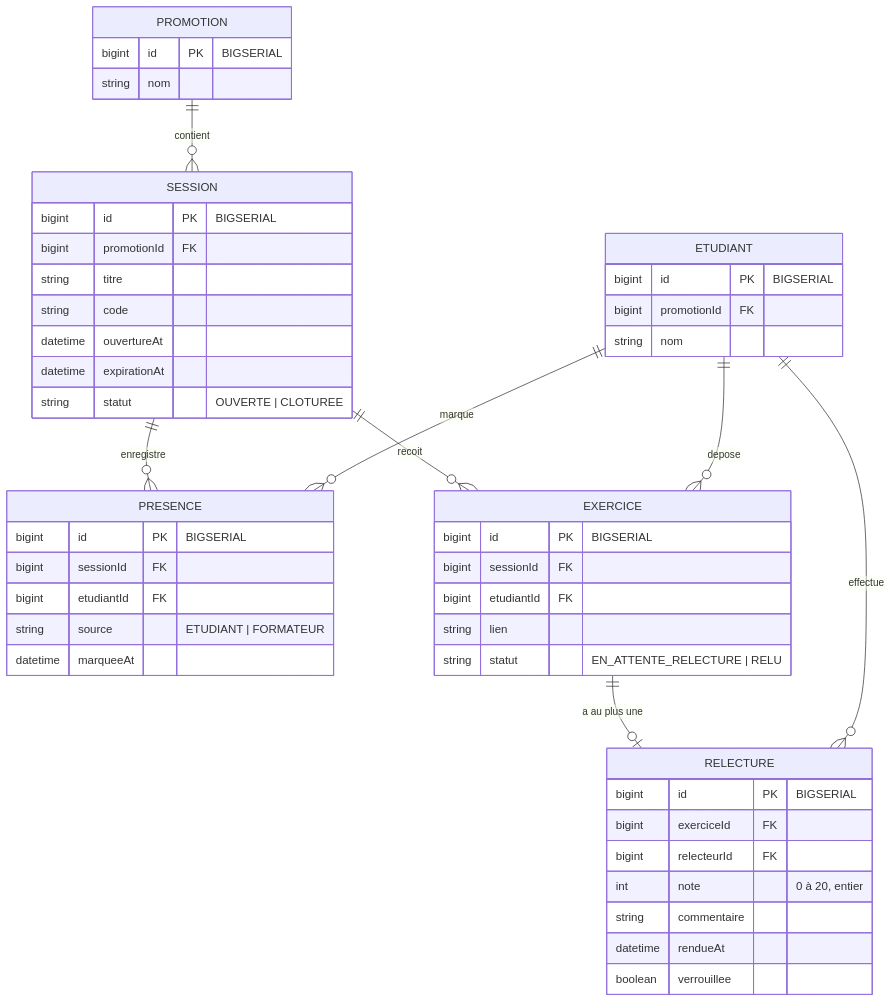
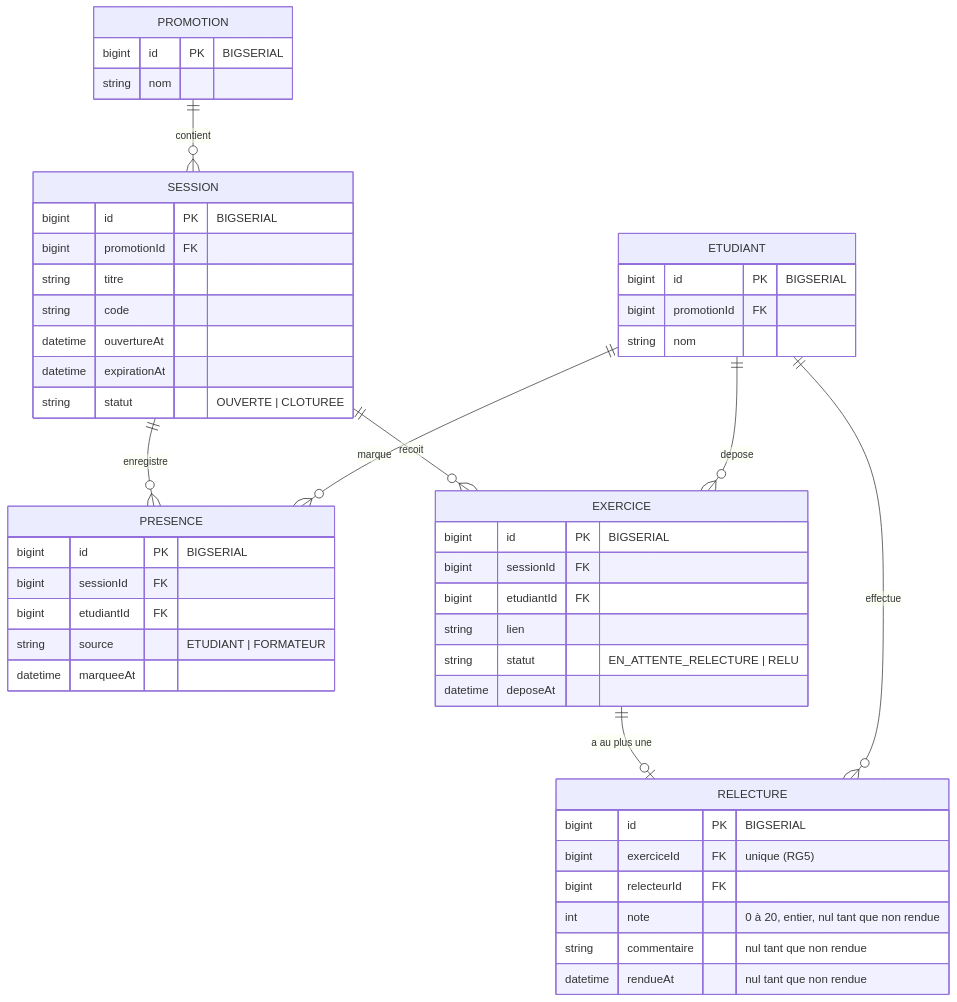
The diagram in docs/diagrammes/D2-Modèle de données.md (DaiziDev/Kfokam48-epreuve-225), drawn with Mermaid before and after one commit. The commit also changed other lines of this file and 29 other files, not shown here.

````diff
--- a/docs/diagrammes/D2-Modèle de données.md
+++ b/docs/diagrammes/D2-Modèle de données.md
@@ -3,57 +3,57 @@
 ```mermaid
 erDiagram
     PROMOTION ||--o{ SESSION : contient
     SESSION ||--o{ PRESENCE : enregistre
     SESSION ||--o{ EXERCICE : recoit
     ETUDIANT ||--o{ PRESENCE : marque
     ETUDIANT ||--o{ EXERCICE : depose
     EXERCICE ||--o| RELECTURE : "a au plus une"
     ETUDIANT ||--o{ RELECTURE : effectue
 
     PROMOTION {
         bigint id PK "BIGSERIAL"
         string nom
     }
 
     SESSION {
         bigint id PK "BIGSERIAL"
         bigint promotionId FK
         string titre
         string code
         datetime ouvertureAt
         datetime expirationAt
         string statut "OUVERTE | CLOTUREE"
     }
 
     ETUDIANT {
         bigint id PK "BIGSERIAL"
         bigint promotionId FK
         string nom
     }
 
     PRESENCE {
         bigint id PK "BIGSERIAL"
         bigint sessionId FK
         bigint etudiantId FK
         string source "ETUDIANT | FORMATEUR"
         datetime marqueeAt
     }
 
     EXERCICE {
         bigint id PK "BIGSERIAL"
         bigint sessionId FK
         bigint etudiantId FK
         string lien
         string statut "EN_ATTENTE_RELECTURE | RELU"
+        datetime deposeAt
     }
 
     RELECTURE {
         bigint id PK "BIGSERIAL"
-        bigint exerciceId FK
+        bigint exerciceId FK "unique (RG5)"
         bigint relecteurId FK
-        int note "0 à 20, entier"
-        string commentaire
-        datetime rendueAt
-        boolean verrouillee
+        int note "0 à 20, entier, nul tant que non rendue"
+        string commentaire "nul tant que non rendue"
+        datetime rendueAt "nul tant que non rendue"
     }
 ```
````
